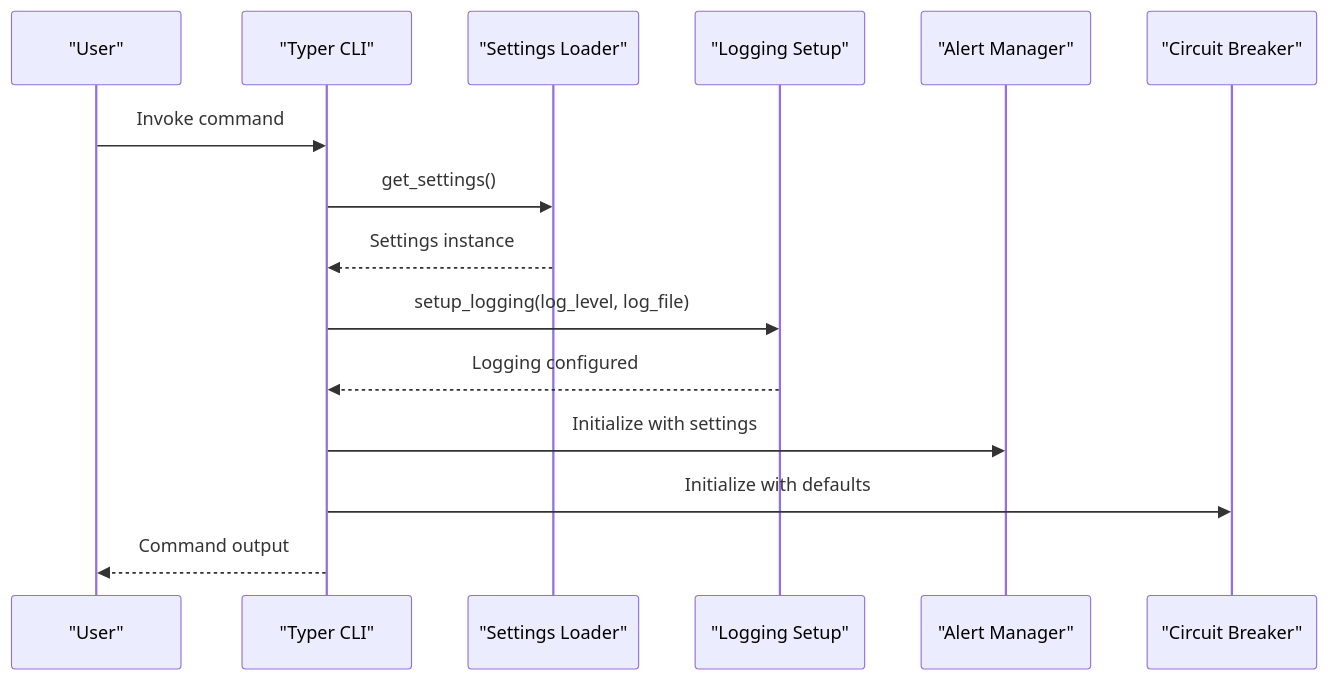
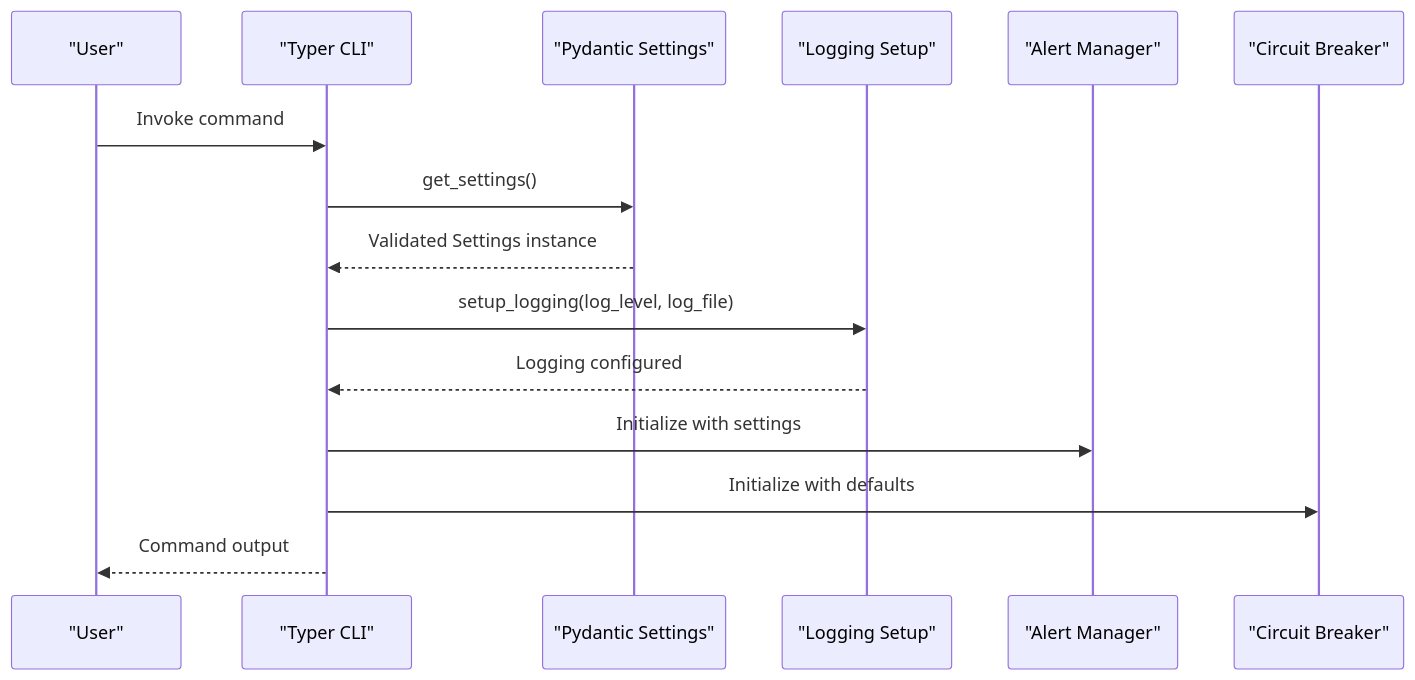
Before and after one commit to cavraeg-eng/Trading-App: the second of 5 diagrams in .qoder/repowiki/en/content/Configuration Management/Configuration Management.md, drawn with Mermaid. The commit also changed other lines of this file and 50 other files, not shown here.

````diff
--- a/.qoder/repowiki/en/content/Configuration Management/Configuration Management.md
+++ b/.qoder/repowiki/en/content/Configuration Management/Configuration Management.md
@@ -94,17 +108,17 @@
 ```mermaid
 sequenceDiagram
 participant User as "User"
 participant CLI as "Typer CLI"
-participant Settings as "Settings Loader"
+participant Settings as "Pydantic Settings"
 participant Logging as "Logging Setup"
 participant Alerts as "Alert Manager"
 participant CB as "Circuit Breaker"
 User->>CLI : Invoke command
 CLI->>Settings : get_settings()
-Settings-->>CLI : Settings instance
+Settings-->>CLI : Validated Settings instance
 CLI->>Logging : setup_logging(log_level, log_file)
 Logging-->>CLI : Logging configured
 CLI->>Alerts : Initialize with settings
 CLI->>CB : Initialize with defaults
 CLI-->>User : Command output
 ```
````
